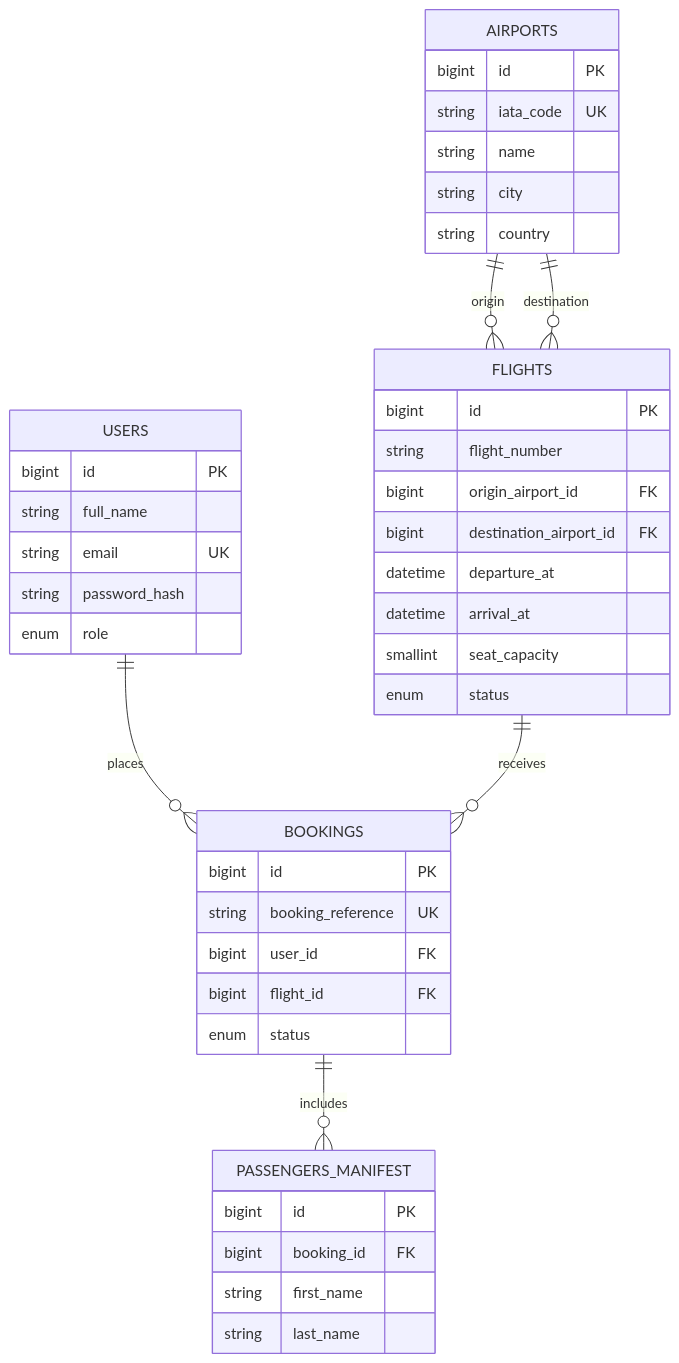
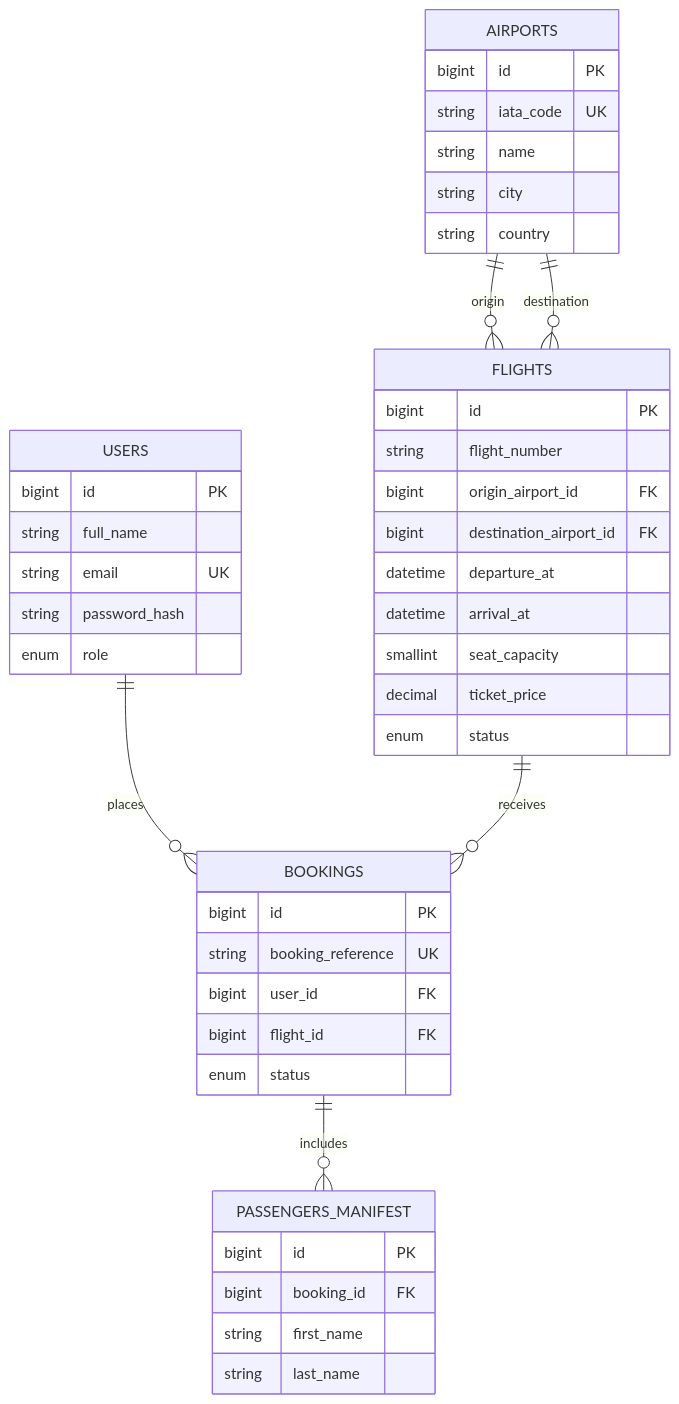
Before and after one commit to gift56/airline-reservation-system: the diagram in docs/database-erd.md, drawn with Mermaid. The commit also changed other lines of this file and 15 other files, not shown here.

````diff
--- a/docs/database-erd.md
+++ b/docs/database-erd.md
@@ -5,46 +5,47 @@
 ```mermaid
 erDiagram
     USERS ||--o{ BOOKINGS : places
     FLIGHTS ||--o{ BOOKINGS : receives
     AIRPORTS ||--o{ FLIGHTS : origin
     AIRPORTS ||--o{ FLIGHTS : destination
     BOOKINGS ||--o{ PASSENGERS_MANIFEST : includes
 
     USERS {
         bigint id PK
         string full_name
         string email UK
         string password_hash
         enum role
     }
     AIRPORTS {
         bigint id PK
         string iata_code UK
         string name
         string city
         string country
     }
     FLIGHTS {
         bigint id PK
         string flight_number
         bigint origin_airport_id FK
         bigint destination_airport_id FK
         datetime departure_at
         datetime arrival_at
         smallint seat_capacity
+        decimal ticket_price
         enum status
     }
     BOOKINGS {
         bigint id PK
         string booking_reference UK
         bigint user_id FK
         bigint flight_id FK
         enum status
     }
     PASSENGERS_MANIFEST {
         bigint id PK
         bigint booking_id FK
         string first_name
         string last_name
     }
 ```
````
